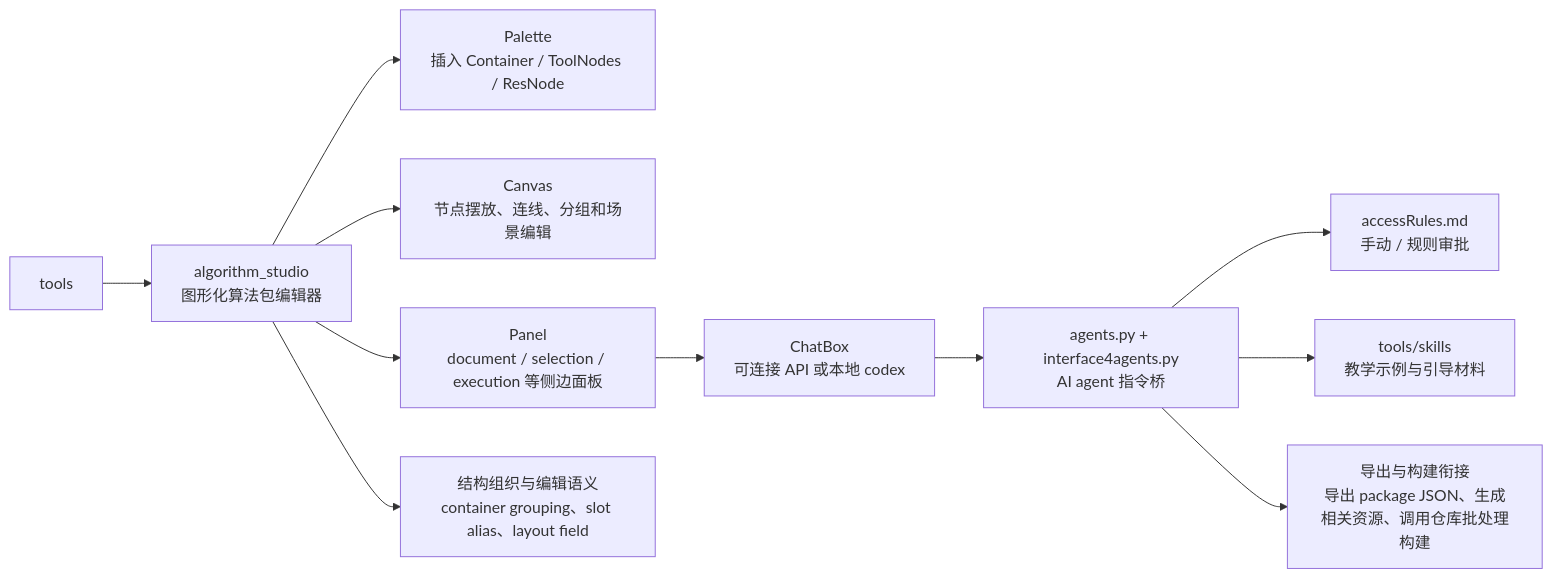
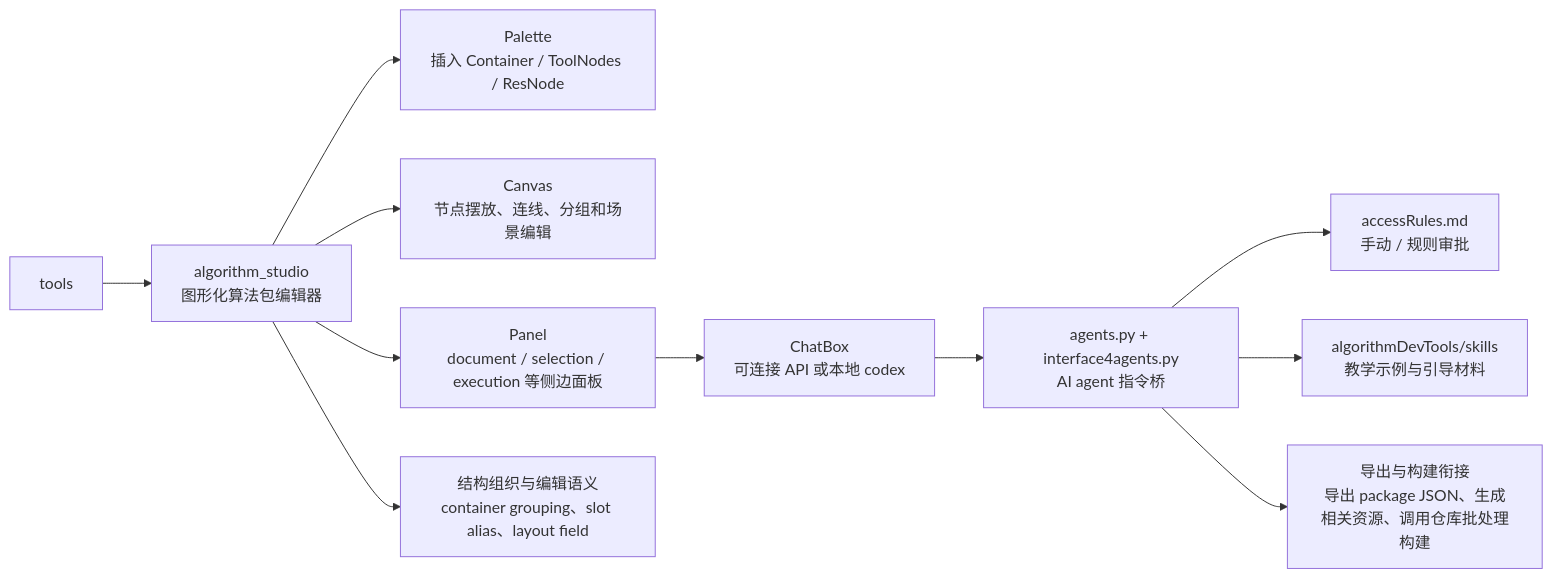
One commit to AnonKimous/AlgoForge_Studio changed the fourth of 4 diagrams in README.md. Above: the diagram before and after it, drawn with Mermaid. The commit also changed other lines of this file and 327 other files, not shown here.

Commit message:
profile Algorithm DevTools and put debugRunner really usable

````diff
--- a/README.md
+++ b/README.md
@@ -147,28 +450,28 @@
 ```mermaid
 graph LR
     Tools["tools"]
 
     Studio["algorithm_studio<br/>图形化算法包编辑器"]
     AgentBridge["agents.py + interface4agents.py<br/>AI agent 指令桥"]
     Approval["accessRules.md<br/>手动 / 规则审批"]
-    Skills["tools/skills<br/>教学示例与引导材料"]
+    Skills["algorithmDevTools/skills<br/>教学示例与引导材料"]
     ExportBuild["导出与构建衔接<br/>导出 package JSON、生成相关资源、调用仓库批处理构建"]
 
     Palette["Palette<br/>插入 Container / ToolNodes / ResNode"]
     Canvas["Canvas<br/>节点摆放、连线、分组和场景编辑"]
     Panel["Panel<br/>document / selection / execution 等侧边面板"]
     Chat["ChatBox<br/>可连接 API 或本地 codex"]
     Authoring["结构组织与编辑语义<br/>container grouping、slot alias、layout field"]
 
     Tools --> Studio
 
     Studio --> Palette
     Studio --> Canvas
     Studio --> Panel
     Studio --> Authoring
     Panel --> Chat
     Chat --> AgentBridge
     AgentBridge --> Approval
     AgentBridge --> Skills
     AgentBridge --> ExportBuild
 ```
````
